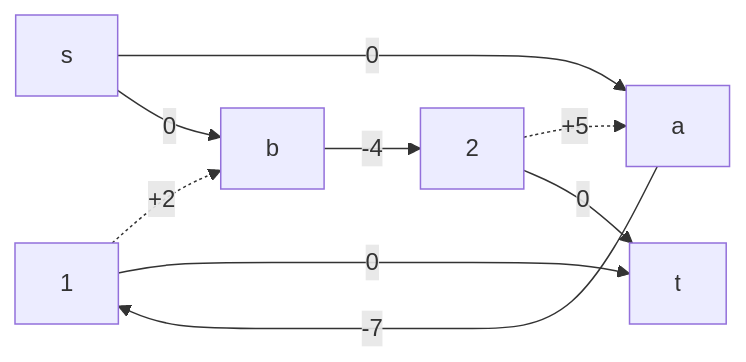
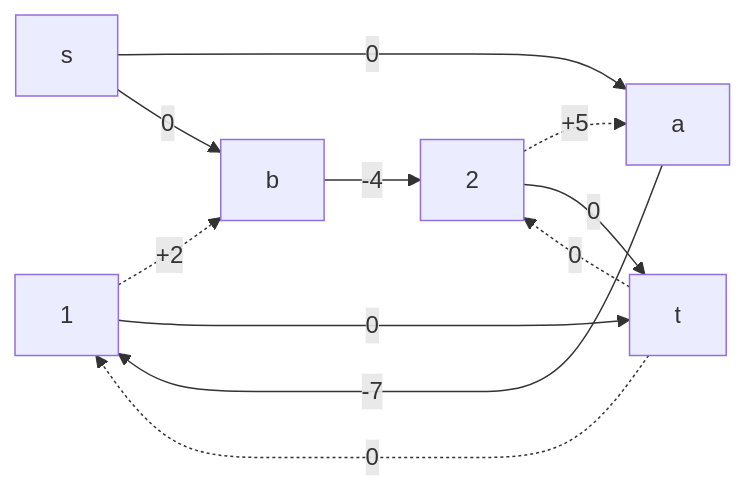
The second of 6 diagrams in task-14/ootd-task-14.md (hse-algo-24-owl/manual-tasks-owl), drawn with Mermaid before and after one commit. The commit also changed other lines of this file, not shown here.

````diff
--- a/task-14/ootd-task-14.md
+++ b/task-14/ootd-task-14.md
@@ -83,11 +83,13 @@
 ```mermaid
 graph LR
     s-->|0|a
     s-->|0|b
     a-->|-7|1
     1-.->|+2|b
     1-->|0|t
     b-->|-4|2
     2-.->|+5|a
     2-->|0|t
+    t-.->|0|2
+    t-.->|0|1
 ```
````
